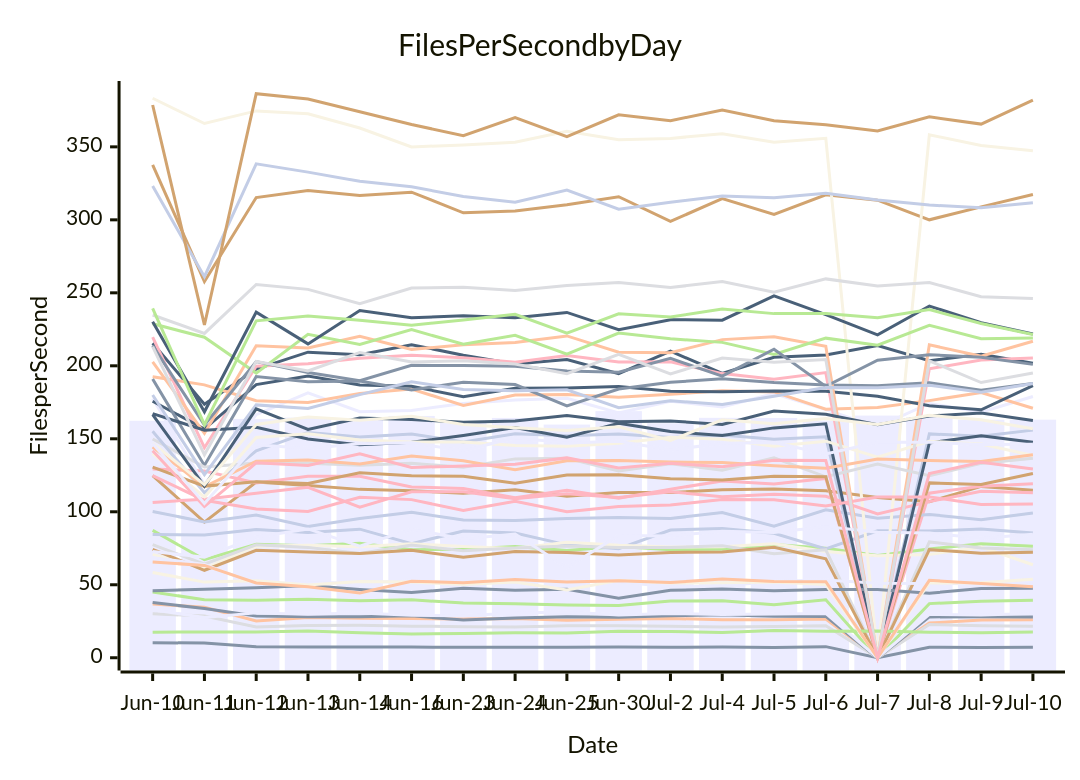
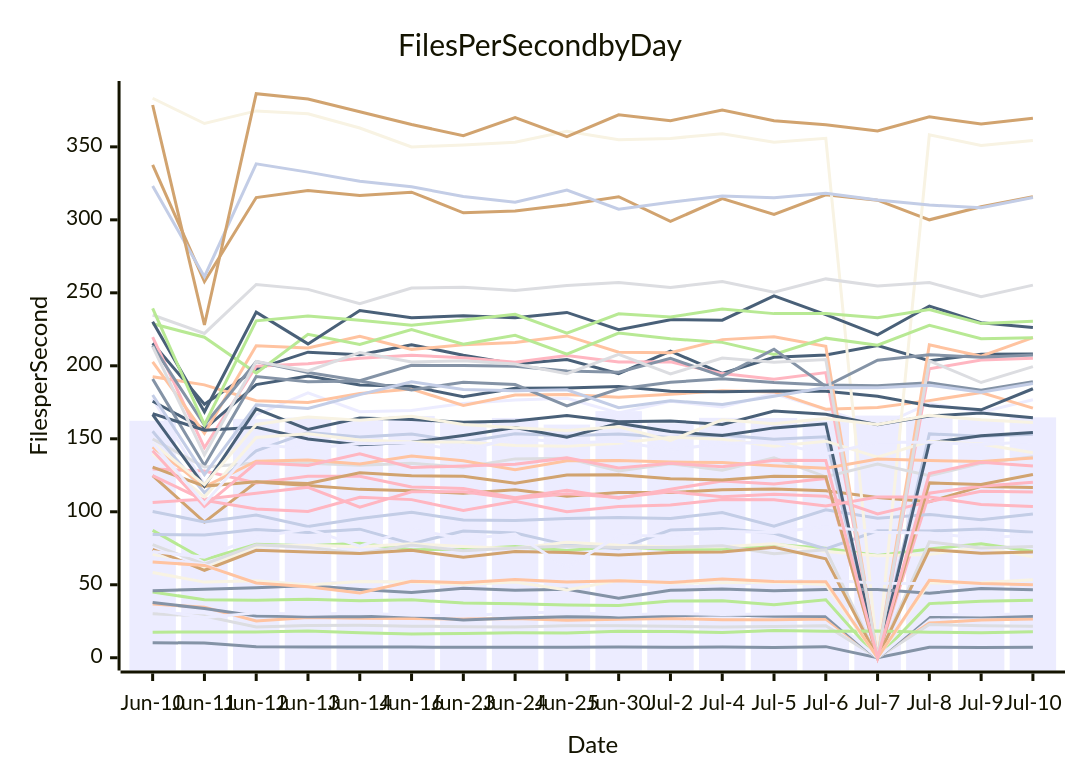
One commit to streetsidesoftware/cspell changed the diagram in perf-report.md. Above: the diagram before and after it, drawn with Mermaid. The commit also changed other lines of this file and 1 other file, not shown here.

````diff
--- a/perf-report.md
+++ b/perf-report.md
@@ -10,57 +10,57 @@
 ```mermaid
 xychart-beta
     title Files Per Second by Day
     y-axis Files per Second
     x-axis Date [Jun-10, Jun-11, Jun-12, Jun-13, Jun-14, Jun-16, Jun-23, Jun-24, Jun-25, Jun-30, Jul-2, Jul-4, Jul-5, Jul-6, Jul-7, Jul-8, Jul-9, Jul-10]
-    bar [162.35, 108.94, 163.62, 164.52, 162.91, 165.65, 161.06, 164.28, 159.75, 168.95, 160.66, 164.38, 164.27, 162.48, 165.90, 164.83, 163.05, 163.09]
-    line [10.23, 10.15, 7.58, 7.35, 7.42, 7.28, 7.12, 7.22, 7.17, 7.37, 7.23, 7.36, 6.99, 7.61, 0.00, 7.24, 7.01, 7.18]
-    line [36.74, 34.61, 25.22, 27.49, 26.99, 26.84, 26.60, 26.95, 25.71, 26.35, 26.84, 26.11, 26.06, 26.52, 0.00, 23.76, 25.86, 26.00]
-    line [30.11, 28.55, 21.08, 22.04, 22.18, 21.66, 21.30, 21.15, 22.00, 21.90, 21.51, 21.13, 21.43, 22.00, 0.00, 22.72, 21.87, 21.51]
-    line [87.27, 67.23, 77.70, 76.81, 78.39, 74.00, 74.26, 76.13, 73.45, 76.23, 74.07, 74.35, 77.62, 75.07, 70.03, 74.46, 78.13, 76.39]
-    line [124.73, 92.95, 120.36, 118.07, 115.35, 114.38, 112.71, 115.12, 110.67, 113.20, 113.18, 115.07, 115.63, 114.45, 109.79, 106.87, 117.37, 114.81]
-    line [84.36, 84.11, 87.88, 85.81, 88.09, 78.16, 86.88, 85.49, 77.34, 74.76, 87.51, 88.59, 85.26, 74.62, 86.95, 86.80, 88.24, 85.47]
-    line [129.30, 127.90, 119.77, 124.29, 124.35, 117.01, 116.01, 109.65, 114.81, 109.29, 115.47, 121.09, 119.06, 122.86, 0.00, 112.77, 117.49, 119.19]
-    line [215.45, 173.74, 197.78, 209.33, 207.61, 214.45, 207.28, 201.26, 204.34, 194.65, 210.00, 194.85, 205.89, 207.36, 213.92, 203.52, 207.94, 201.85]
-    line [70.82, 61.30, 76.37, 77.13, 76.03, 78.06, 76.22, 74.88, 79.14, 76.99, 75.88, 76.09, 78.08, 72.78, 69.82, 70.79, 75.77, 63.73]
-    line [177.64, 118.63, 166.53, 181.43, 168.60, 169.42, 174.24, 176.57, 177.80, 167.68, 175.75, 171.75, 180.95, 169.97, 158.13, 174.21, 168.28, 178.94]
-    line [37.82, 33.71, 28.61, 28.16, 28.05, 28.76, 25.82, 27.29, 28.03, 27.82, 28.74, 29.48, 28.36, 28.34, 0.00, 27.98, 28.10, 27.96]
-    line [192.55, 186.93, 176.04, 174.92, 181.06, 184.11, 172.84, 180.05, 180.38, 178.52, 180.47, 182.90, 182.10, 170.31, 171.39, 176.15, 181.65, 170.96]
-    line [77.48, 64.05, 77.39, 75.61, 71.46, 77.16, 73.34, 75.14, 76.59, 75.51, 75.45, 76.79, 71.21, 73.99, 0.00, 79.33, 75.23, 74.04]
-    line [45.06, 39.72, 39.47, 40.00, 39.07, 39.70, 37.48, 36.99, 36.10, 35.86, 38.94, 38.99, 36.38, 39.71, 0.00, 37.09, 38.73, 39.47]
-    line [337.68, 257.72, 315.29, 320.05, 316.70, 318.97, 304.83, 306.07, 310.41, 315.81, 298.93, 314.56, 303.69, 317.11, 313.48, 300.01, 308.91, 317.38]
-    line [100.17, 93.09, 97.72, 89.92, 95.33, 99.63, 94.35, 94.02, 95.44, 96.15, 95.34, 99.55, 90.07, 101.41, 95.54, 98.21, 94.52, 99.18]
-    line [219.70, 143.90, 199.78, 201.47, 205.17, 207.22, 205.60, 202.43, 207.02, 202.54, 202.72, 194.67, 190.86, 195.33, 0.00, 197.97, 203.94, 205.43]
-    line [175.70, 156.70, 187.10, 192.94, 186.79, 186.02, 178.80, 184.67, 184.84, 185.79, 182.56, 182.17, 182.82, 182.50, 179.12, 172.62, 169.88, 186.42]
-    line [383.29, 365.99, 374.63, 372.72, 362.93, 349.94, 351.35, 353.13, 360.69, 354.83, 355.80, 359.03, 353.22, 355.88, 0.00, 358.26, 350.93, 347.28]
-    line [32.91, 27.58, 30.74, 29.76, 30.63, 29.07, 28.80, 30.64, 31.41, 29.25, 30.37, 29.62, 29.89, 30.35, 0.00, 29.68, 29.34, 30.38]
-    line [190.90, 131.77, 192.67, 189.08, 189.64, 183.39, 188.80, 187.17, 172.53, 184.06, 188.67, 191.18, 188.53, 186.82, 186.30, 188.38, 183.25, 187.89]
-    line [202.72, 153.79, 213.73, 212.23, 220.18, 211.27, 214.37, 216.02, 220.47, 209.37, 208.94, 217.94, 219.88, 213.33, 0.00, 214.36, 206.61, 216.86]
-    line [149.83, 130.69, 133.43, 133.31, 131.91, 133.18, 130.59, 136.24, 136.67, 127.99, 132.91, 128.52, 136.97, 123.97, 132.77, 124.67, 133.15, 136.70]
-    line [228.77, 219.57, 195.02, 221.53, 214.60, 224.77, 214.79, 220.92, 207.92, 222.39, 218.49, 216.06, 207.77, 218.95, 214.11, 227.80, 218.56, 219.13]
-    line [74.27, 59.93, 73.62, 72.46, 71.40, 73.58, 68.82, 72.77, 72.13, 70.38, 72.17, 72.40, 75.76, 67.72, 0.00, 74.05, 71.58, 72.34]
-    line [155.11, 113.07, 141.70, 154.36, 151.21, 153.33, 147.83, 153.51, 152.15, 153.26, 150.82, 152.56, 149.61, 151.37, 0.00, 153.34, 151.79, 155.94]
-    line [106.42, 108.66, 112.63, 116.73, 103.14, 113.74, 113.71, 108.86, 112.34, 109.73, 113.68, 110.37, 111.97, 110.64, 98.54, 106.95, 114.12, 112.99]
-    line [167.26, 155.87, 157.93, 149.82, 145.84, 147.63, 152.29, 157.67, 151.07, 160.69, 154.94, 152.23, 157.47, 160.32, 0.00, 147.14, 152.12, 147.57]
-    line [139.91, 110.07, 150.95, 153.45, 149.19, 147.76, 147.78, 145.47, 144.87, 146.87, 151.06, 149.73, 144.88, 148.36, 137.35, 148.23, 146.43, 138.53]
-    line [68.60, 63.88, 50.72, 51.41, 51.47, 52.39, 51.73, 51.82, 52.39, 52.00, 48.43, 49.22, 52.34, 53.26, 51.10, 50.86, 50.66, 51.77]
-    line [45.94, 46.92, 47.88, 49.42, 46.70, 44.72, 47.61, 46.18, 46.86, 40.79, 46.17, 47.03, 45.86, 46.70, 46.74, 44.23, 47.36, 47.61]
-    line [144.39, 117.16, 134.67, 135.55, 132.71, 138.18, 135.01, 128.78, 135.00, 135.05, 134.05, 133.73, 131.56, 129.78, 136.12, 135.18, 134.44, 139.05]
-    line [234.80, 222.16, 255.69, 252.37, 242.53, 253.26, 253.77, 251.67, 255.05, 257.07, 253.64, 257.67, 250.47, 259.54, 254.67, 257.07, 247.35, 246.13]
-    line [17.50, 17.71, 17.68, 18.34, 17.12, 16.25, 16.59, 17.11, 17.00, 18.16, 17.94, 17.30, 18.64, 18.07, 18.36, 17.45, 17.16, 17.65]
-    line [130.54, 117.59, 120.60, 119.36, 126.68, 124.68, 124.29, 119.55, 125.16, 125.39, 122.70, 121.73, 124.30, 123.97, 0.00, 119.80, 118.70, 126.18]
-    line [323.14, 261.07, 338.35, 332.69, 326.37, 322.64, 316.02, 312.10, 320.45, 307.34, 312.08, 316.35, 315.20, 318.22, 313.66, 310.11, 308.24, 311.68]
-    line [124.80, 107.83, 101.96, 100.16, 109.91, 108.33, 100.84, 107.27, 100.09, 103.62, 104.63, 108.43, 108.27, 103.96, 110.08, 110.20, 105.06, 105.26]
-    line [230.21, 168.52, 236.78, 215.01, 237.87, 232.93, 234.34, 233.01, 236.58, 224.78, 231.59, 231.28, 247.94, 235.03, 221.17, 240.95, 229.51, 221.83]
-    line [58.41, 51.82, 52.68, 49.85, 52.20, 51.85, 50.23, 51.87, 46.40, 53.06, 51.19, 51.40, 51.86, 50.10, 0.00, 51.21, 51.39, 53.80]
-    line [72.73, 68.90, 82.72, 88.26, 76.41, 88.08, 81.29, 84.76, 61.88, 83.73, 83.48, 86.69, 85.83, 89.91, 85.92, 85.41, 81.93, 84.63]
-    line [213.85, 159.52, 202.89, 195.38, 189.84, 200.33, 200.19, 199.73, 196.39, 195.67, 205.11, 192.90, 211.35, 185.93, 203.88, 207.58, 205.87, 200.99]
-    line [65.57, 63.26, 51.25, 48.63, 44.36, 52.41, 51.44, 53.68, 51.84, 52.69, 51.50, 53.98, 52.25, 52.09, 0.00, 53.03, 50.88, 48.66]
-    line [213.18, 139.00, 202.99, 196.51, 209.12, 202.60, 203.46, 201.26, 194.60, 207.89, 194.40, 205.29, 202.49, 204.26, 0.00, 203.31, 188.55, 195.07]
-    line [239.33, 159.65, 230.81, 234.11, 231.13, 227.87, 231.36, 235.26, 222.40, 235.59, 233.45, 238.97, 235.75, 235.89, 232.86, 238.48, 229.00, 221.40]
-    line [378.68, 227.98, 386.38, 382.81, 374.09, 365.35, 357.60, 370.08, 357.07, 371.96, 367.90, 375.27, 367.85, 365.20, 360.83, 370.59, 365.59, 381.97]
-    line [180.00, 125.49, 173.22, 170.75, 180.24, 189.10, 183.71, 182.95, 183.62, 171.28, 176.05, 173.54, 179.14, 185.15, 184.99, 186.71, 181.92, 187.89]
-    line [141.88, 103.59, 133.58, 131.67, 139.76, 130.35, 131.39, 132.60, 136.92, 129.95, 133.16, 130.87, 135.23, 135.13, 0.00, 126.22, 133.87, 129.31]
-    line [166.51, 117.60, 170.47, 156.38, 164.16, 163.15, 161.29, 162.24, 165.87, 161.72, 162.26, 159.82, 169.05, 166.75, 159.60, 165.64, 167.61, 162.49]
-    line [146.98, 118.64, 159.81, 164.92, 162.77, 165.48, 159.81, 157.56, 155.70, 158.25, 148.90, 163.02, 160.27, 163.84, 159.78, 166.09, 162.99, 156.85]
-    line [146.80, 105.67, 145.87, 143.36, 146.61, 147.23, 141.81, 150.65, 147.20, 148.34, 142.33, 146.88, 147.38, 139.67, 147.57, 147.61, 146.15, 146.25]
+    bar [162.35, 108.94, 163.62, 164.52, 162.91, 165.65, 161.06, 164.28, 159.75, 168.95, 160.66, 164.38, 164.27, 162.48, 165.90, 164.83, 163.05, 164.68]
+    line [10.23, 10.15, 7.58, 7.35, 7.42, 7.28, 7.12, 7.22, 7.17, 7.37, 7.23, 7.36, 6.99, 7.61, 0.00, 7.24, 7.01, 7.27]
+    line [36.74, 34.61, 25.22, 27.49, 26.99, 26.84, 26.60, 26.95, 25.71, 26.35, 26.84, 26.11, 26.06, 26.52, 0.00, 23.76, 25.86, 26.61]
+    line [30.11, 28.55, 21.08, 22.04, 22.18, 21.66, 21.30, 21.15, 22.00, 21.90, 21.51, 21.13, 21.43, 22.00, 0.00, 22.72, 21.87, 21.57]
+    line [87.27, 67.23, 77.70, 76.81, 78.39, 74.00, 74.26, 76.13, 73.45, 76.23, 74.07, 74.35, 77.62, 75.07, 70.03, 74.46, 78.13, 73.01]
+    line [124.73, 92.95, 120.36, 118.07, 115.35, 114.38, 112.71, 115.12, 110.67, 113.20, 113.18, 115.07, 115.63, 114.45, 109.79, 106.87, 117.37, 116.66]
+    line [84.36, 84.11, 87.88, 85.81, 88.09, 78.16, 86.88, 85.49, 77.34, 74.76, 87.51, 88.59, 85.26, 74.62, 86.95, 86.80, 88.24, 86.00]
+    line [129.30, 127.90, 119.77, 124.29, 124.35, 117.01, 116.01, 109.65, 114.81, 109.29, 115.47, 121.09, 119.06, 122.86, 0.00, 112.77, 117.49, 120.30]
+    line [215.45, 173.74, 197.78, 209.33, 207.61, 214.45, 207.28, 201.26, 204.34, 194.65, 210.00, 194.85, 205.89, 207.36, 213.92, 203.52, 207.94, 208.03]
+    line [70.82, 61.30, 76.37, 77.13, 76.03, 78.06, 76.22, 74.88, 79.14, 76.99, 75.88, 76.09, 78.08, 72.78, 69.82, 70.79, 75.77, 69.10]
+    line [177.64, 118.63, 166.53, 181.43, 168.60, 169.42, 174.24, 176.57, 177.80, 167.68, 175.75, 171.75, 180.95, 169.97, 158.13, 174.21, 168.28, 176.77]
+    line [37.82, 33.71, 28.61, 28.16, 28.05, 28.76, 25.82, 27.29, 28.03, 27.82, 28.74, 29.48, 28.36, 28.34, 0.00, 27.98, 28.10, 28.43]
+    line [192.55, 186.93, 176.04, 174.92, 181.06, 184.11, 172.84, 180.05, 180.38, 178.52, 180.47, 182.90, 182.10, 170.31, 171.39, 176.15, 181.65, 170.98]
+    line [77.48, 64.05, 77.39, 75.61, 71.46, 77.16, 73.34, 75.14, 76.59, 75.51, 75.45, 76.79, 71.21, 73.99, 0.00, 79.33, 75.23, 76.27]
+    line [45.06, 39.72, 39.47, 40.00, 39.07, 39.70, 37.48, 36.99, 36.10, 35.86, 38.94, 38.99, 36.38, 39.71, 0.00, 37.09, 38.73, 39.43]
+    line [337.68, 257.72, 315.29, 320.05, 316.70, 318.97, 304.83, 306.07, 310.41, 315.81, 298.93, 314.56, 303.69, 317.11, 313.48, 300.01, 308.91, 315.76]
+    line [100.17, 93.09, 97.72, 89.92, 95.33, 99.63, 94.35, 94.02, 95.44, 96.15, 95.34, 99.55, 90.07, 101.41, 95.54, 98.21, 94.52, 98.50]
+    line [219.70, 143.90, 199.78, 201.47, 205.17, 207.22, 205.60, 202.43, 207.02, 202.54, 202.72, 194.67, 190.86, 195.33, 0.00, 197.97, 203.94, 205.22]
+    line [175.70, 156.70, 187.10, 192.94, 186.79, 186.02, 178.80, 184.67, 184.84, 185.79, 182.56, 182.17, 182.82, 182.50, 179.12, 172.62, 169.88, 184.28]
+    line [383.29, 365.99, 374.63, 372.72, 362.93, 349.94, 351.35, 353.13, 360.69, 354.83, 355.80, 359.03, 353.22, 355.88, 0.00, 358.26, 350.93, 354.34]
+    line [32.91, 27.58, 30.74, 29.76, 30.63, 29.07, 28.80, 30.64, 31.41, 29.25, 30.37, 29.62, 29.89, 30.35, 0.00, 29.68, 29.34, 30.24]
+    line [190.90, 131.77, 192.67, 189.08, 189.64, 183.39, 188.80, 187.17, 172.53, 184.06, 188.67, 191.18, 188.53, 186.82, 186.30, 188.38, 183.25, 189.14]
+    line [202.72, 153.79, 213.73, 212.23, 220.18, 211.27, 214.37, 216.02, 220.47, 209.37, 208.94, 217.94, 219.88, 213.33, 0.00, 214.36, 206.61, 219.33]
+    line [149.83, 130.69, 133.43, 133.31, 131.91, 133.18, 130.59, 136.24, 136.67, 127.99, 132.91, 128.52, 136.97, 123.97, 132.77, 124.67, 133.15, 137.66]
+    line [228.77, 219.57, 195.02, 221.53, 214.60, 224.77, 214.79, 220.92, 207.92, 222.39, 218.49, 216.06, 207.77, 218.95, 214.11, 227.80, 218.56, 219.23]
+    line [74.27, 59.93, 73.62, 72.46, 71.40, 73.58, 68.82, 72.77, 72.13, 70.38, 72.17, 72.40, 75.76, 67.72, 0.00, 74.05, 71.58, 72.37]
+    line [155.11, 113.07, 141.70, 154.36, 151.21, 153.33, 147.83, 153.51, 152.15, 153.26, 150.82, 152.56, 149.61, 151.37, 0.00, 153.34, 151.79, 153.10]
+    line [106.42, 108.66, 112.63, 116.73, 103.14, 113.74, 113.71, 108.86, 112.34, 109.73, 113.68, 110.37, 111.97, 110.64, 98.54, 106.95, 114.12, 113.53]
+    line [167.26, 155.87, 157.93, 149.82, 145.84, 147.63, 152.29, 157.67, 151.07, 160.69, 154.94, 152.23, 157.47, 160.32, 0.00, 147.14, 152.12, 154.25]
+    line [139.91, 110.07, 150.95, 153.45, 149.19, 147.76, 147.78, 145.47, 144.87, 146.87, 151.06, 149.73, 144.88, 148.36, 137.35, 148.23, 146.43, 140.41]
+    line [68.60, 63.88, 50.72, 51.41, 51.47, 52.39, 51.73, 51.82, 52.39, 52.00, 48.43, 49.22, 52.34, 53.26, 51.10, 50.86, 50.66, 52.36]
+    line [45.94, 46.92, 47.88, 49.42, 46.70, 44.72, 47.61, 46.18, 46.86, 40.79, 46.17, 47.03, 45.86, 46.70, 46.74, 44.23, 47.36, 46.58]
+    line [144.39, 117.16, 134.67, 135.55, 132.71, 138.18, 135.01, 128.78, 135.00, 135.05, 134.05, 133.73, 131.56, 129.78, 136.12, 135.18, 134.44, 136.88]
+    line [234.80, 222.16, 255.69, 252.37, 242.53, 253.26, 253.77, 251.67, 255.05, 257.07, 253.64, 257.67, 250.47, 259.54, 254.67, 257.07, 247.35, 255.25]
+    line [17.50, 17.71, 17.68, 18.34, 17.12, 16.25, 16.59, 17.11, 17.00, 18.16, 17.94, 17.30, 18.64, 18.07, 18.36, 17.45, 17.16, 17.77]
+    line [130.54, 117.59, 120.60, 119.36, 126.68, 124.68, 124.29, 119.55, 125.16, 125.39, 122.70, 121.73, 124.30, 123.97, 0.00, 119.80, 118.70, 125.49]
+    line [323.14, 261.07, 338.35, 332.69, 326.37, 322.64, 316.02, 312.10, 320.45, 307.34, 312.08, 316.35, 315.20, 318.22, 313.66, 310.11, 308.24, 315.35]
+    line [124.80, 107.83, 101.96, 100.16, 109.91, 108.33, 100.84, 107.27, 100.09, 103.62, 104.63, 108.43, 108.27, 103.96, 110.08, 110.20, 105.06, 103.60]
+    line [230.21, 168.52, 236.78, 215.01, 237.87, 232.93, 234.34, 233.01, 236.58, 224.78, 231.59, 231.28, 247.94, 235.03, 221.17, 240.95, 229.51, 226.18]
+    line [58.41, 51.82, 52.68, 49.85, 52.20, 51.85, 50.23, 51.87, 46.40, 53.06, 51.19, 51.40, 51.86, 50.10, 0.00, 51.21, 51.39, 53.37]
+    line [72.73, 68.90, 82.72, 88.26, 76.41, 88.08, 81.29, 84.76, 61.88, 83.73, 83.48, 86.69, 85.83, 89.91, 85.92, 85.41, 81.93, 84.31]
+    line [213.85, 159.52, 202.89, 195.38, 189.84, 200.33, 200.19, 199.73, 196.39, 195.67, 205.11, 192.90, 211.35, 185.93, 203.88, 207.58, 205.87, 207.35]
+    line [65.57, 63.26, 51.25, 48.63, 44.36, 52.41, 51.44, 53.68, 51.84, 52.69, 51.50, 53.98, 52.25, 52.09, 0.00, 53.03, 50.88, 50.01]
+    line [213.18, 139.00, 202.99, 196.51, 209.12, 202.60, 203.46, 201.26, 194.60, 207.89, 194.40, 205.29, 202.49, 204.26, 0.00, 203.31, 188.55, 199.47]
+    line [239.33, 159.65, 230.81, 234.11, 231.13, 227.87, 231.36, 235.26, 222.40, 235.59, 233.45, 238.97, 235.75, 235.89, 232.86, 238.48, 229.00, 230.57]
+    line [378.68, 227.98, 386.38, 382.81, 374.09, 365.35, 357.60, 370.08, 357.07, 371.96, 367.90, 375.27, 367.85, 365.20, 360.83, 370.59, 365.59, 369.56]
+    line [180.00, 125.49, 173.22, 170.75, 180.24, 189.10, 183.71, 182.95, 183.62, 171.28, 176.05, 173.54, 179.14, 185.15, 184.99, 186.71, 181.92, 187.82]
+    line [141.88, 103.59, 133.58, 131.67, 139.76, 130.35, 131.39, 132.60, 136.92, 129.95, 133.16, 130.87, 135.23, 135.13, 0.00, 126.22, 133.87, 131.35]
+    line [166.51, 117.60, 170.47, 156.38, 164.16, 163.15, 161.29, 162.24, 165.87, 161.72, 162.26, 159.82, 169.05, 166.75, 159.60, 165.64, 167.61, 164.48]
+    line [146.98, 118.64, 159.81, 164.92, 162.77, 165.48, 159.81, 157.56, 155.70, 158.25, 148.90, 163.02, 160.27, 163.84, 159.78, 166.09, 162.99, 161.12]
+    line [146.80, 105.67, 145.87, 143.36, 146.61, 147.23, 141.81, 150.65, 147.20, 148.34, 142.33, 146.88, 147.38, 139.67, 147.57, 147.61, 146.15, 148.02]
 ```
````
